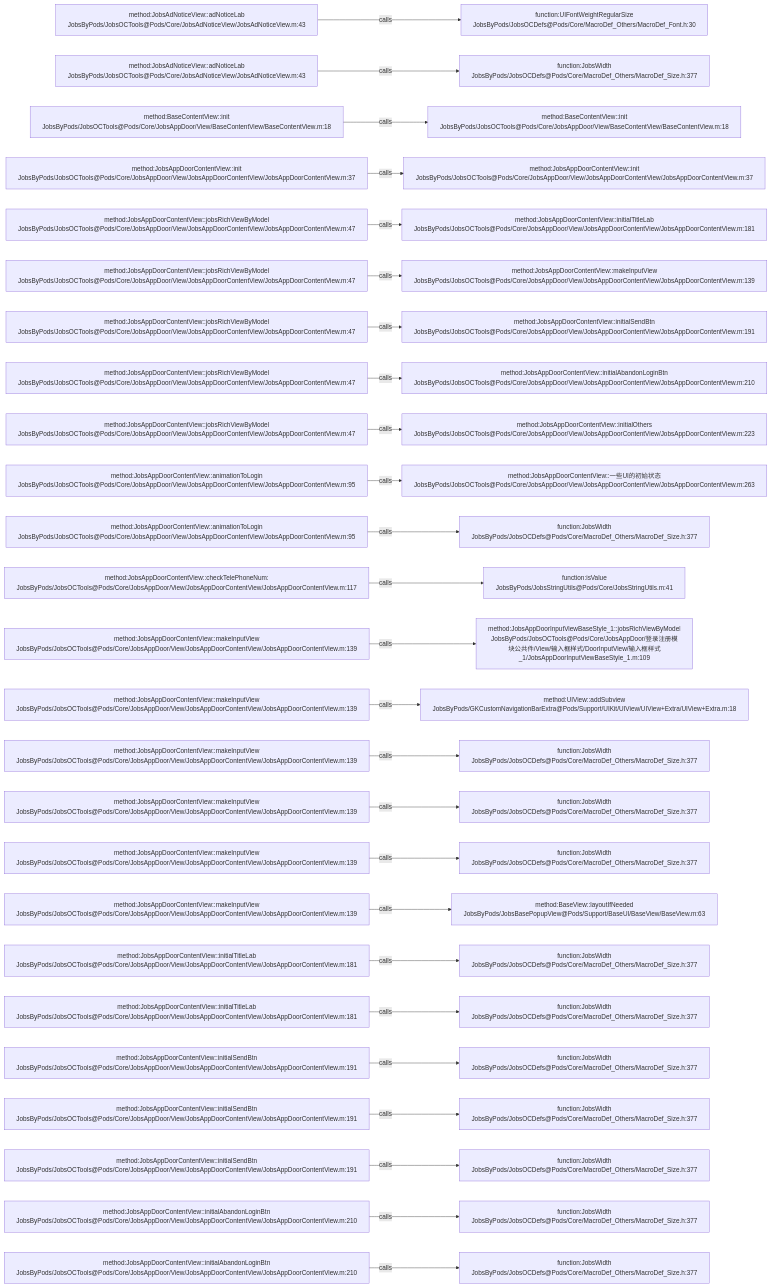
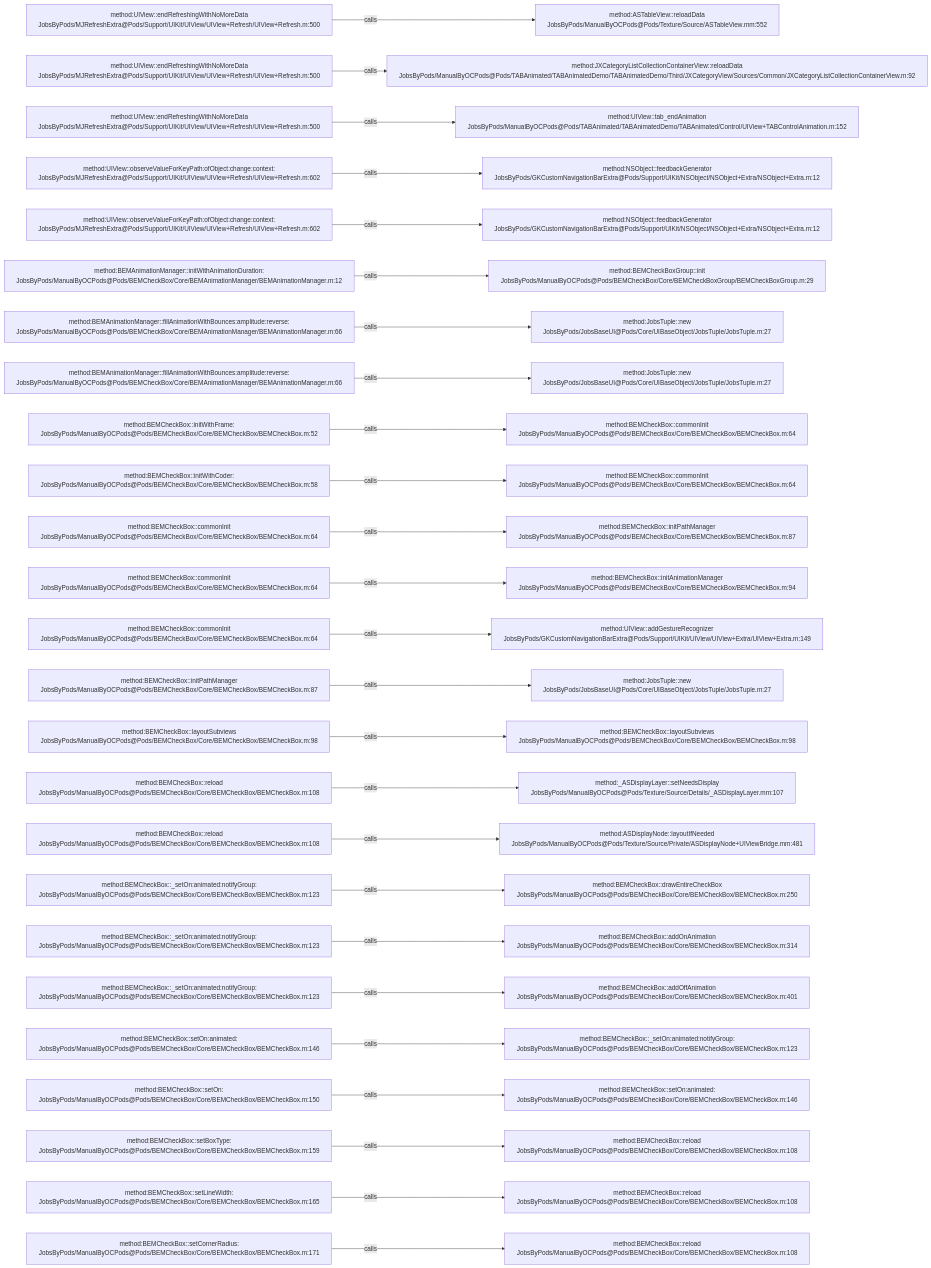
Before and after one commit to JobsKits/JobsOCBaseConfigDemo: the diagram in .codegraph/codegraph.md/graphs/calls-186.md, drawn with Mermaid. The commit also changed 1026 other files, not shown here.

````diff
--- a/.codegraph/codegraph.md/graphs/calls-186.md
+++ b/.codegraph/codegraph.md/graphs/calls-186.md
@@ -13,78 +13,78 @@
 ```mermaid
 flowchart LR
-  S1["method:JobsAdNoticeView::adNoticeLab<br/>JobsByPods/JobsOCTools@Pods/Core/JobsAdNoticeView/JobsAdNoticeView.m:43"]
-  T1["function:UIFontWeightRegularSize<br/>JobsByPods/JobsOCDefs@Pods/Core/MacroDef_Others/MacroDef_Font.h:30"]
+  S1["method:UIView::endRefreshingWithNoMoreData<br/>JobsByPods/MJRefreshExtra@Pods/Support/UIKit/UIView/UIView+Refresh/UIView+Refresh.m:500"]
+  T1["method:ASTableView::reloadData<br/>JobsByPods/ManualByOCPods@Pods/Texture/Source/ASTableView.mm:552"]
   S1 -->|calls| T1
-  S2["method:JobsAdNoticeView::adNoticeLab<br/>JobsByPods/JobsOCTools@Pods/Core/JobsAdNoticeView/JobsAdNoticeView.m:43"]
-  T2["function:JobsWidth<br/>JobsByPods/JobsOCDefs@Pods/Core/MacroDef_Others/MacroDef_Size.h:377"]
+  S2["method:UIView::endRefreshingWithNoMoreData<br/>JobsByPods/MJRefreshExtra@Pods/Support/UIKit/UIView/UIView+Refresh/UIView+Refresh.m:500"]
+  T2["method:JXCategoryListCollectionContainerView::reloadData<br/>JobsByPods/ManualByOCPods@Pods/TABAnimated/TABAnimatedDemo/TABAnimatedDemo/Third/JXCategoryView/Sources/Common/JXCategoryListCollectionContainerView.m:92"]
   S2 -->|calls| T2
-  S3["method:BaseContentView::init<br/>JobsByPods/JobsOCTools@Pods/Core/JobsAppDoor/View/BaseContentView/BaseContentView.m:18"]
-  T3["method:BaseContentView::init<br/>JobsByPods/JobsOCTools@Pods/Core/JobsAppDoor/View/BaseContentView/BaseContentView.m:18"]
+  S3["method:UIView::endRefreshingWithNoMoreData<br/>JobsByPods/MJRefreshExtra@Pods/Support/UIKit/UIView/UIView+Refresh/UIView+Refresh.m:500"]
+  T3["method:UIView::tab_endAnimation<br/>JobsByPods/ManualByOCPods@Pods/TABAnimated/TABAnimatedDemo/TABAnimated/Control/UIView+TABControlAnimation.m:152"]
   S3 -->|calls| T3
-  S4["method:JobsAppDoorContentView::init<br/>JobsByPods/JobsOCTools@Pods/Core/JobsAppDoor/View/JobsAppDoorContentView/JobsAppDoorContentView.m:37"]
-  T4["method:JobsAppDoorContentView::init<br/>JobsByPods/JobsOCTools@Pods/Core/JobsAppDoor/View/JobsAppDoorContentView/JobsAppDoorContentView.m:37"]
+  S4["method:UIView::observeValueForKeyPath:ofObject:change:context:<br/>JobsByPods/MJRefreshExtra@Pods/Support/UIKit/UIView/UIView+Refresh/UIView+Refresh.m:602"]
+  T4["method:NSObject::feedbackGenerator<br/>JobsByPods/GKCustomNavigationBarExtra@Pods/Support/UIKit/NSObject/NSObject+Extra/NSObject+Extra.m:12"]
   S4 -->|calls| T4
-  S5["method:JobsAppDoorContentView::jobsRichViewByModel<br/>JobsByPods/JobsOCTools@Pods/Core/JobsAppDoor/View/JobsAppDoorContentView/JobsAppDoorContentView.m:47"]
-  T5["method:JobsAppDoorContentView::initialTitleLab<br/>JobsByPods/JobsOCTools@Pods/Core/JobsAppDoor/View/JobsAppDoorContentView/JobsAppDoorContentView.m:181"]
+  S5["method:UIView::observeValueForKeyPath:ofObject:change:context:<br/>JobsByPods/MJRefreshExtra@Pods/Support/UIKit/UIView/UIView+Refresh/UIView+Refresh.m:602"]
+  T5["method:NSObject::feedbackGenerator<br/>JobsByPods/GKCustomNavigationBarExtra@Pods/Support/UIKit/NSObject/NSObject+Extra/NSObject+Extra.m:12"]
   S5 -->|calls| T5
-  S6["method:JobsAppDoorContentView::jobsRichViewByModel<br/>JobsByPods/JobsOCTools@Pods/Core/JobsAppDoor/View/JobsAppDoorContentView/JobsAppDoorContentView.m:47"]
-  T6["method:JobsAppDoorContentView::makeInputView<br/>JobsByPods/JobsOCTools@Pods/Core/JobsAppDoor/View/JobsAppDoorContentView/JobsAppDoorContentView.m:139"]
+  S6["method:BEMAnimationManager::initWithAnimationDuration:<br/>JobsByPods/ManualByOCPods@Pods/BEMCheckBox/Core/BEMAnimationManager/BEMAnimationManager.m:12"]
+  T6["method:BEMCheckBoxGroup::init<br/>JobsByPods/ManualByOCPods@Pods/BEMCheckBox/Core/BEMCheckBoxGroup/BEMCheckBoxGroup.m:29"]
   S6 -->|calls| T6
-  S7["method:JobsAppDoorContentView::jobsRichViewByModel<br/>JobsByPods/JobsOCTools@Pods/Core/JobsAppDoor/View/JobsAppDoorContentView/JobsAppDoorContentView.m:47"]
-  T7["method:JobsAppDoorContentView::initialSendBtn<br/>JobsByPods/JobsOCTools@Pods/Core/JobsAppDoor/View/JobsAppDoorContentView/JobsAppDoorContentView.m:191"]
+  S7["method:BEMAnimationManager::fillAnimationWithBounces:amplitude:reverse:<br/>JobsByPods/ManualByOCPods@Pods/BEMCheckBox/Core/BEMAnimationManager/BEMAnimationManager.m:66"]
+  T7["method:JobsTuple::new<br/>JobsByPods/JobsBaseUI@Pods/Core/UIBaseObject/JobsTuple/JobsTuple.m:27"]
   S7 -->|calls| T7
-  S8["method:JobsAppDoorContentView::jobsRichViewByModel<br/>JobsByPods/JobsOCTools@Pods/Core/JobsAppDoor/View/JobsAppDoorContentView/JobsAppDoorContentView.m:47"]
-  T8["method:JobsAppDoorContentView::initialAbandonLoginBtn<br/>JobsByPods/JobsOCTools@Pods/Core/JobsAppDoor/View/JobsAppDoorContentView/JobsAppDoorContentView.m:210"]
+  S8["method:BEMAnimationManager::fillAnimationWithBounces:amplitude:reverse:<br/>JobsByPods/ManualByOCPods@Pods/BEMCheckBox/Core/BEMAnimationManager/BEMAnimationManager.m:66"]
+  T8["method:JobsTuple::new<br/>JobsByPods/JobsBaseUI@Pods/Core/UIBaseObject/JobsTuple/JobsTuple.m:27"]
   S8 -->|calls| T8
-  S9["method:JobsAppDoorContentView::jobsRichViewByModel<br/>JobsByPods/JobsOCTools@Pods/Core/JobsAppDoor/View/JobsAppDoorContentView/JobsAppDoorContentView.m:47"]
-  T9["method:JobsAppDoorContentView::initialOthers<br/>JobsByPods/JobsOCTools@Pods/Core/JobsAppDoor/View/JobsAppDoorContentView/JobsAppDoorContentView.m:223"]
+  S9["method:BEMCheckBox::initWithFrame:<br/>JobsByPods/ManualByOCPods@Pods/BEMCheckBox/Core/BEMCheckBox/BEMCheckBox.m:52"]
+  T9["method:BEMCheckBox::commonInit<br/>JobsByPods/ManualByOCPods@Pods/BEMCheckBox/Core/BEMCheckBox/BEMCheckBox.m:64"]
   S9 -->|calls| T9
-  S10["method:JobsAppDoorContentView::animationToLogin<br/>JobsByPods/JobsOCTools@Pods/Core/JobsAppDoor/View/JobsAppDoorContentView/JobsAppDoorContentView.m:95"]
-  T10["method:JobsAppDoorContentView::一些UI的初始状态<br/>JobsByPods/JobsOCTools@Pods/Core/JobsAppDoor/View/JobsAppDoorContentView/JobsAppDoorContentView.m:263"]
+  S10["method:BEMCheckBox::initWithCoder:<br/>JobsByPods/ManualByOCPods@Pods/BEMCheckBox/Core/BEMCheckBox/BEMCheckBox.m:58"]
+  T10["method:BEMCheckBox::commonInit<br/>JobsByPods/ManualByOCPods@Pods/BEMCheckBox/Core/BEMCheckBox/BEMCheckBox.m:64"]
   S10 -->|calls| T10
-  S11["method:JobsAppDoorContentView::animationToLogin<br/>JobsByPods/JobsOCTools@Pods/Core/JobsAppDoor/View/JobsAppDoorContentView/JobsAppDoorContentView.m:95"]
-  T11["function:JobsWidth<br/>JobsByPods/JobsOCDefs@Pods/Core/MacroDef_Others/MacroDef_Size.h:377"]
+  S11["method:BEMCheckBox::commonInit<br/>JobsByPods/ManualByOCPods@Pods/BEMCheckBox/Core/BEMCheckBox/BEMCheckBox.m:64"]
+  T11["method:BEMCheckBox::initPathManager<br/>JobsByPods/ManualByOCPods@Pods/BEMCheckBox/Core/BEMCheckBox/BEMCheckBox.m:87"]
   S11 -->|calls| T11
-  S12["method:JobsAppDoorContentView::checkTelePhoneNum:<br/>JobsByPods/JobsOCTools@Pods/Core/JobsAppDoor/View/JobsAppDoorContentView/JobsAppDoorContentView.m:117"]
-  T12["function:isValue<br/>JobsByPods/JobsStringUtils@Pods/Core/JobsStringUtils.m:41"]
+  S12["method:BEMCheckBox::commonInit<br/>JobsByPods/ManualByOCPods@Pods/BEMCheckBox/Core/BEMCheckBox/BEMCheckBox.m:64"]
+  T12["method:BEMCheckBox::initAnimationManager<br/>JobsByPods/ManualByOCPods@Pods/BEMCheckBox/Core/BEMCheckBox/BEMCheckBox.m:94"]
   S12 -->|calls| T12
-  S13["method:JobsAppDoorContentView::makeInputView<br/>JobsByPods/JobsOCTools@Pods/Core/JobsAppDoor/View/JobsAppDoorContentView/JobsAppDoorContentView.m:139"]
-  T13["method:JobsAppDoorInputViewBaseStyle_1::jobsRichViewByModel<br/>JobsByPods/JobsOCTools@Pods/Core/JobsAppDoor/登录注册模块公共件/View/输入框样式/DoorInputView/输入框样式_1/JobsAppDoorInputViewBaseStyle_1.m:109"]
+  S13["method:BEMCheckBox::commonInit<br/>JobsByPods/ManualByOCPods@Pods/BEMCheckBox/Core/BEMCheckBox/BEMCheckBox.m:64"]
+  T13["method:UIView::addGestureRecognizer<br/>JobsByPods/GKCustomNavigationBarExtra@Pods/Support/UIKit/UIView/UIView+Extra/UIView+Extra.m:149"]
   S13 -->|calls| T13
-  S14["method:JobsAppDoorContentView::makeInputView<br/>JobsByPods/JobsOCTools@Pods/Core/JobsAppDoor/View/JobsAppDoorContentView/JobsAppDoorContentView.m:139"]
-  T14["method:UIView::addSubview<br/>JobsByPods/GKCustomNavigationBarExtra@Pods/Support/UIKit/UIView/UIView+Extra/UIView+Extra.m:18"]
+  S14["method:BEMCheckBox::initPathManager<br/>JobsByPods/ManualByOCPods@Pods/BEMCheckBox/Core/BEMCheckBox/BEMCheckBox.m:87"]
+  T14["method:JobsTuple::new<br/>JobsByPods/JobsBaseUI@Pods/Core/UIBaseObject/JobsTuple/JobsTuple.m:27"]
   S14 -->|calls| T14
-  S15["method:JobsAppDoorContentView::makeInputView<br/>JobsByPods/JobsOCTools@Pods/Core/JobsAppDoor/View/JobsAppDoorContentView/JobsAppDoorContentView.m:139"]
-  T15["function:JobsWidth<br/>JobsByPods/JobsOCDefs@Pods/Core/MacroDef_Others/MacroDef_Size.h:377"]
+  S15["method:BEMCheckBox::layoutSubviews<br/>JobsByPods/ManualByOCPods@Pods/BEMCheckBox/Core/BEMCheckBox/BEMCheckBox.m:98"]
+  T15["method:BEMCheckBox::layoutSubviews<br/>JobsByPods/ManualByOCPods@Pods/BEMCheckBox/Core/BEMCheckBox/BEMCheckBox.m:98"]
   S15 -->|calls| T15
-  S16["method:JobsAppDoorContentView::makeInputView<br/>JobsByPods/JobsOCTools@Pods/Core/JobsAppDoor/View/JobsAppDoorContentView/JobsAppDoorContentView.m:139"]
-  T16["function:JobsWidth<br/>JobsByPods/JobsOCDefs@Pods/Core/MacroDef_Others/MacroDef_Size.h:377"]
+  S16["method:BEMCheckBox::reload<br/>JobsByPods/ManualByOCPods@Pods/BEMCheckBox/Core/BEMCheckBox/BEMCheckBox.m:108"]
+  T16["method:_ASDisplayLayer::setNeedsDisplay<br/>JobsByPods/ManualByOCPods@Pods/Texture/Source/Details/_ASDisplayLayer.mm:107"]
   S16 -->|calls| T16
-  S17["method:JobsAppDoorContentView::makeInputView<br/>JobsByPods/JobsOCTools@Pods/Core/JobsAppDoor/View/JobsAppDoorContentView/JobsAppDoorContentView.m:139"]
-  T17["function:JobsWidth<br/>JobsByPods/JobsOCDefs@Pods/Core/MacroDef_Others/MacroDef_Size.h:377"]
+  S17["method:BEMCheckBox::reload<br/>JobsByPods/ManualByOCPods@Pods/BEMCheckBox/Core/BEMCheckBox/BEMCheckBox.m:108"]
+  T17["method:ASDisplayNode::layoutIfNeeded<br/>JobsByPods/ManualByOCPods@Pods/Texture/Source/Private/ASDisplayNode+UIViewBridge.mm:481"]
   S17 -->|calls| T17
-  S18["method:JobsAppDoorContentView::makeInputView<br/>JobsByPods/JobsOCTools@Pods/Core/JobsAppDoor/View/JobsAppDoorContentView/JobsAppDoorContentView.m:139"]
-  T18["method:BaseView::layoutIfNeeded<br/>JobsByPods/JobsBasePopupView@Pods/Support/BaseUI/BaseView/BaseView.m:63"]
+  S18["method:BEMCheckBox::_setOn:animated:notifyGroup:<br/>JobsByPods/ManualByOCPods@Pods/BEMCheckBox/Core/BEMCheckBox/BEMCheckBox.m:123"]
+  T18["method:BEMCheckBox::drawEntireCheckBox<br/>JobsByPods/ManualByOCPods@Pods/BEMCheckBox/Core/BEMCheckBox/BEMCheckBox.m:250"]
   S18 -->|calls| T18
-  S19["method:JobsAppDoorContentView::initialTitleLab<br/>JobsByPods/JobsOCTools@Pods/Core/JobsAppDoor/View/JobsAppDoorContentView/JobsAppDoorContentView.m:181"]
-  T19["function:JobsWidth<br/>JobsByPods/JobsOCDefs@Pods/Core/MacroDef_Others/MacroDef_Size.h:377"]
+  S19["method:BEMCheckBox::_setOn:animated:notifyGroup:<br/>JobsByPods/ManualByOCPods@Pods/BEMCheckBox/Core/BEMCheckBox/BEMCheckBox.m:123"]
+  T19["method:BEMCheckBox::addOnAnimation<br/>JobsByPods/ManualByOCPods@Pods/BEMCheckBox/Core/BEMCheckBox/BEMCheckBox.m:314"]
   S19 -->|calls| T19
-  S20["method:JobsAppDoorContentView::initialTitleLab<br/>JobsByPods/JobsOCTools@Pods/Core/JobsAppDoor/View/JobsAppDoorContentView/JobsAppDoorContentView.m:181"]
-  T20["function:JobsWidth<br/>JobsByPods/JobsOCDefs@Pods/Core/MacroDef_Others/MacroDef_Size.h:377"]
+  S20["method:BEMCheckBox::_setOn:animated:notifyGroup:<br/>JobsByPods/ManualByOCPods@Pods/BEMCheckBox/Core/BEMCheckBox/BEMCheckBox.m:123"]
+  T20["method:BEMCheckBox::addOffAnimation<br/>JobsByPods/ManualByOCPods@Pods/BEMCheckBox/Core/BEMCheckBox/BEMCheckBox.m:401"]
   S20 -->|calls| T20
-  S21["method:JobsAppDoorContentView::initialSendBtn<br/>JobsByPods/JobsOCTools@Pods/Core/JobsAppDoor/View/JobsAppDoorContentView/JobsAppDoorContentView.m:191"]
-  T21["function:JobsWidth<br/>JobsByPods/JobsOCDefs@Pods/Core/MacroDef_Others/MacroDef_Size.h:377"]
+  S21["method:BEMCheckBox::setOn:animated:<br/>JobsByPods/ManualByOCPods@Pods/BEMCheckBox/Core/BEMCheckBox/BEMCheckBox.m:146"]
+  T21["method:BEMCheckBox::_setOn:animated:notifyGroup:<br/>JobsByPods/ManualByOCPods@Pods/BEMCheckBox/Core/BEMCheckBox/BEMCheckBox.m:123"]
   S21 -->|calls| T21
-  S22["method:JobsAppDoorContentView::initialSendBtn<br/>JobsByPods/JobsOCTools@Pods/Core/JobsAppDoor/View/JobsAppDoorContentView/JobsAppDoorContentView.m:191"]
-  T22["function:JobsWidth<br/>JobsByPods/JobsOCDefs@Pods/Core/MacroDef_Others/MacroDef_Size.h:377"]
+  S22["method:BEMCheckBox::setOn:<br/>JobsByPods/ManualByOCPods@Pods/BEMCheckBox/Core/BEMCheckBox/BEMCheckBox.m:150"]
+  T22["method:BEMCheckBox::setOn:animated:<br/>JobsByPods/ManualByOCPods@Pods/BEMCheckBox/Core/BEMCheckBox/BEMCheckBox.m:146"]
   S22 -->|calls| T22
-  S23["method:JobsAppDoorContentView::initialSendBtn<br/>JobsByPods/JobsOCTools@Pods/Core/JobsAppDoor/View/JobsAppDoorContentView/JobsAppDoorContentView.m:191"]
-  T23["function:JobsWidth<br/>JobsByPods/JobsOCDefs@Pods/Core/MacroDef_Others/MacroDef_Size.h:377"]
+  S23["method:BEMCheckBox::setBoxType:<br/>JobsByPods/ManualByOCPods@Pods/BEMCheckBox/Core/BEMCheckBox/BEMCheckBox.m:159"]
+  T23["method:BEMCheckBox::reload<br/>JobsByPods/ManualByOCPods@Pods/BEMCheckBox/Core/BEMCheckBox/BEMCheckBox.m:108"]
   S23 -->|calls| T23
-  S24["method:JobsAppDoorContentView::initialAbandonLoginBtn<br/>JobsByPods/JobsOCTools@Pods/Core/JobsAppDoor/View/JobsAppDoorContentView/JobsAppDoorContentView.m:210"]
-  T24["function:JobsWidth<br/>JobsByPods/JobsOCDefs@Pods/Core/MacroDef_Others/MacroDef_Size.h:377"]
+  S24["method:BEMCheckBox::setLineWidth:<br/>JobsByPods/ManualByOCPods@Pods/BEMCheckBox/Core/BEMCheckBox/BEMCheckBox.m:165"]
+  T24["method:BEMCheckBox::reload<br/>JobsByPods/ManualByOCPods@Pods/BEMCheckBox/Core/BEMCheckBox/BEMCheckBox.m:108"]
   S24 -->|calls| T24
-  S25["method:JobsAppDoorContentView::initialAbandonLoginBtn<br/>JobsByPods/JobsOCTools@Pods/Core/JobsAppDoor/View/JobsAppDoorContentView/JobsAppDoorContentView.m:210"]
-  T25["function:JobsWidth<br/>JobsByPods/JobsOCDefs@Pods/Core/MacroDef_Others/MacroDef_Size.h:377"]
+  S25["method:BEMCheckBox::setCornerRadius:<br/>JobsByPods/ManualByOCPods@Pods/BEMCheckBox/Core/BEMCheckBox/BEMCheckBox.m:171"]
+  T25["method:BEMCheckBox::reload<br/>JobsByPods/ManualByOCPods@Pods/BEMCheckBox/Core/BEMCheckBox/BEMCheckBox.m:108"]
   S25 -->|calls| T25
 ```
````
